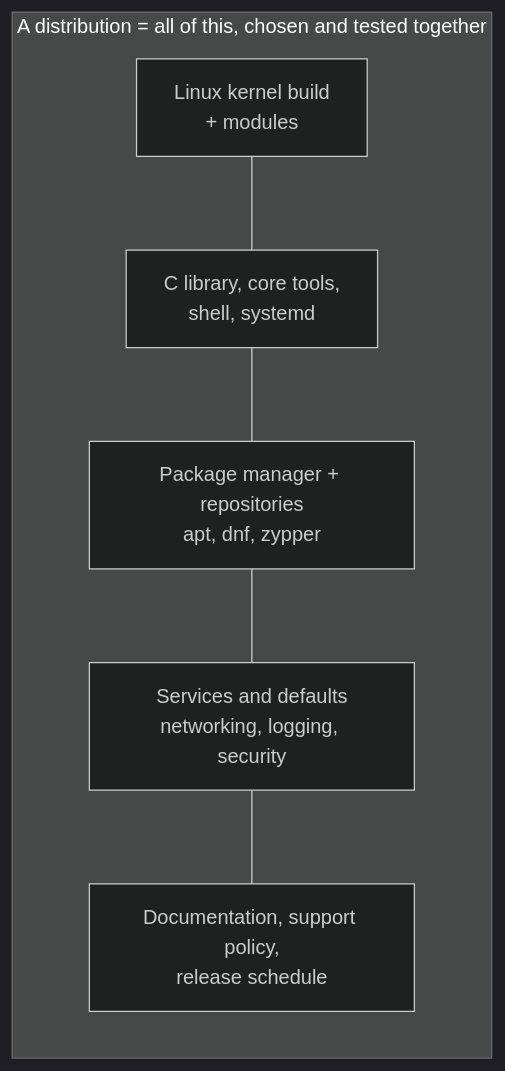
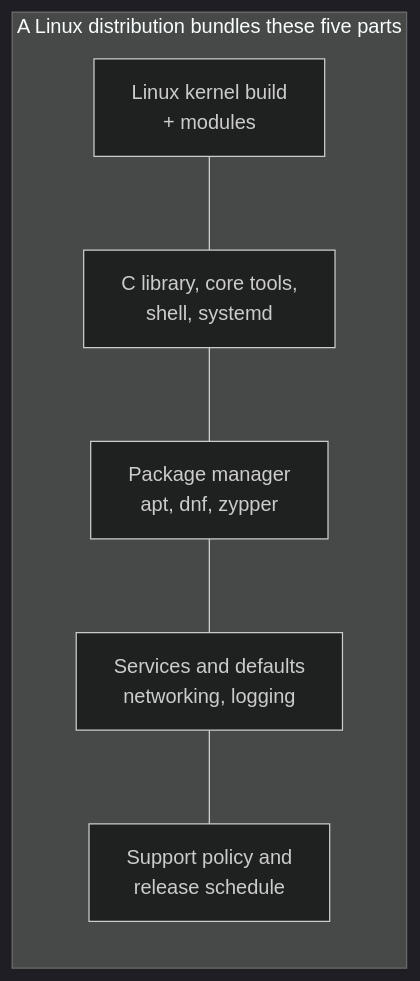
Before and after one commit to jithinpnjm/ai-infra-handbook: the fourth of 5 diagrams in docs/part-01-linux/01-the-linux-big-picture-kernel-userspace-distributions.md, drawn with Mermaid (dark theme). The commit also changed other lines of this file and 11 other files, not shown here.

````diff
--- a/docs/part-01-linux/01-the-linux-big-picture-kernel-userspace-distributions.md
+++ b/docs/part-01-linux/01-the-linux-big-picture-kernel-userspace-distributions.md
@@ -281,11 +294,11 @@
 ```mermaid
 flowchart LR
-  subgraph Distro["A distribution = all of this, chosen and tested together"]
+  subgraph Distro["A Linux distribution bundles these five parts"]
     K["Linux kernel build<br/>+ modules"]
     C["C library, core tools,<br/>shell, systemd"]
-    P["Package manager + repositories<br/>apt, dnf, zypper"]
-    S["Services and defaults<br/>networking, logging, security"]
-    D["Documentation, support policy,<br/>release schedule"]
+    P["Package manager<br/>apt, dnf, zypper"]
+    S["Services and defaults<br/>networking, logging"]
+    D["Support policy and<br/>release schedule"]
   end
   K --- C --- P --- S --- D
 ```
````
